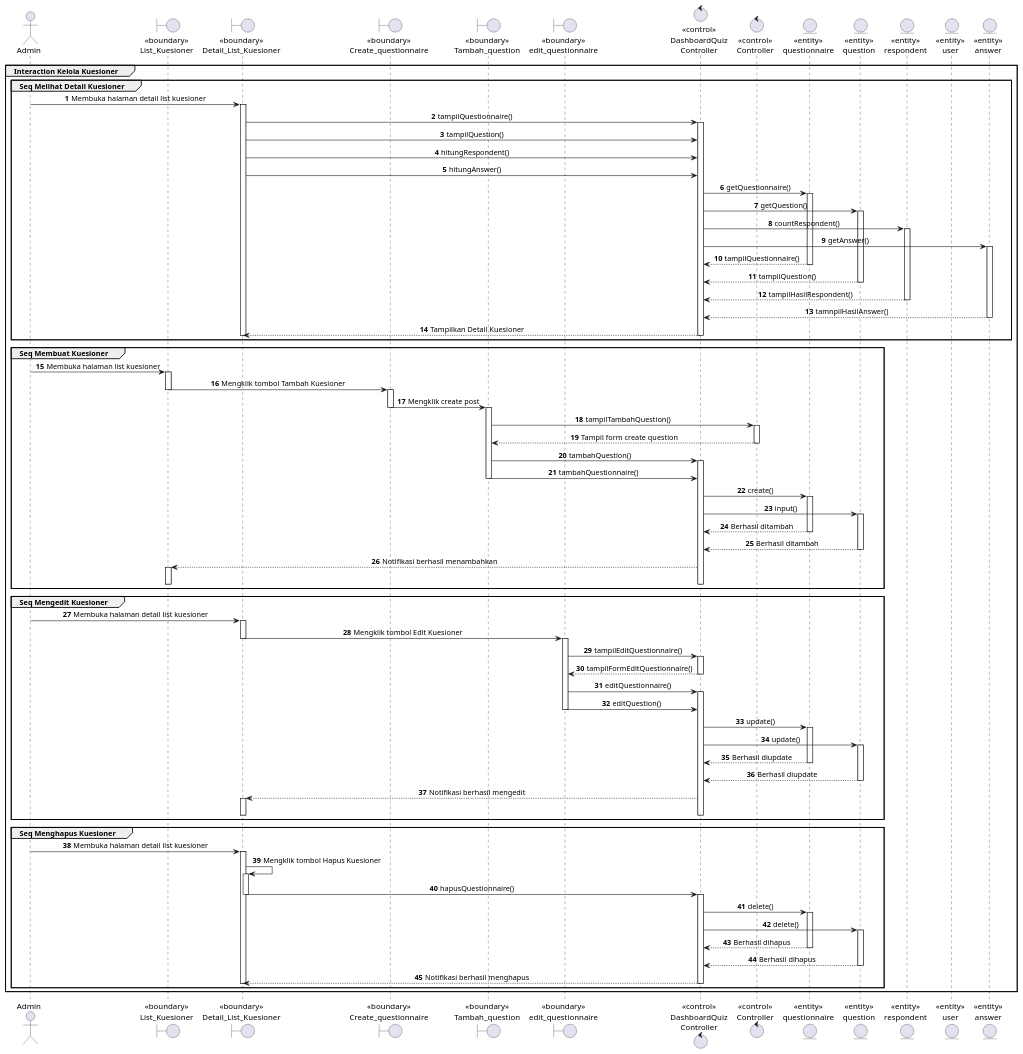
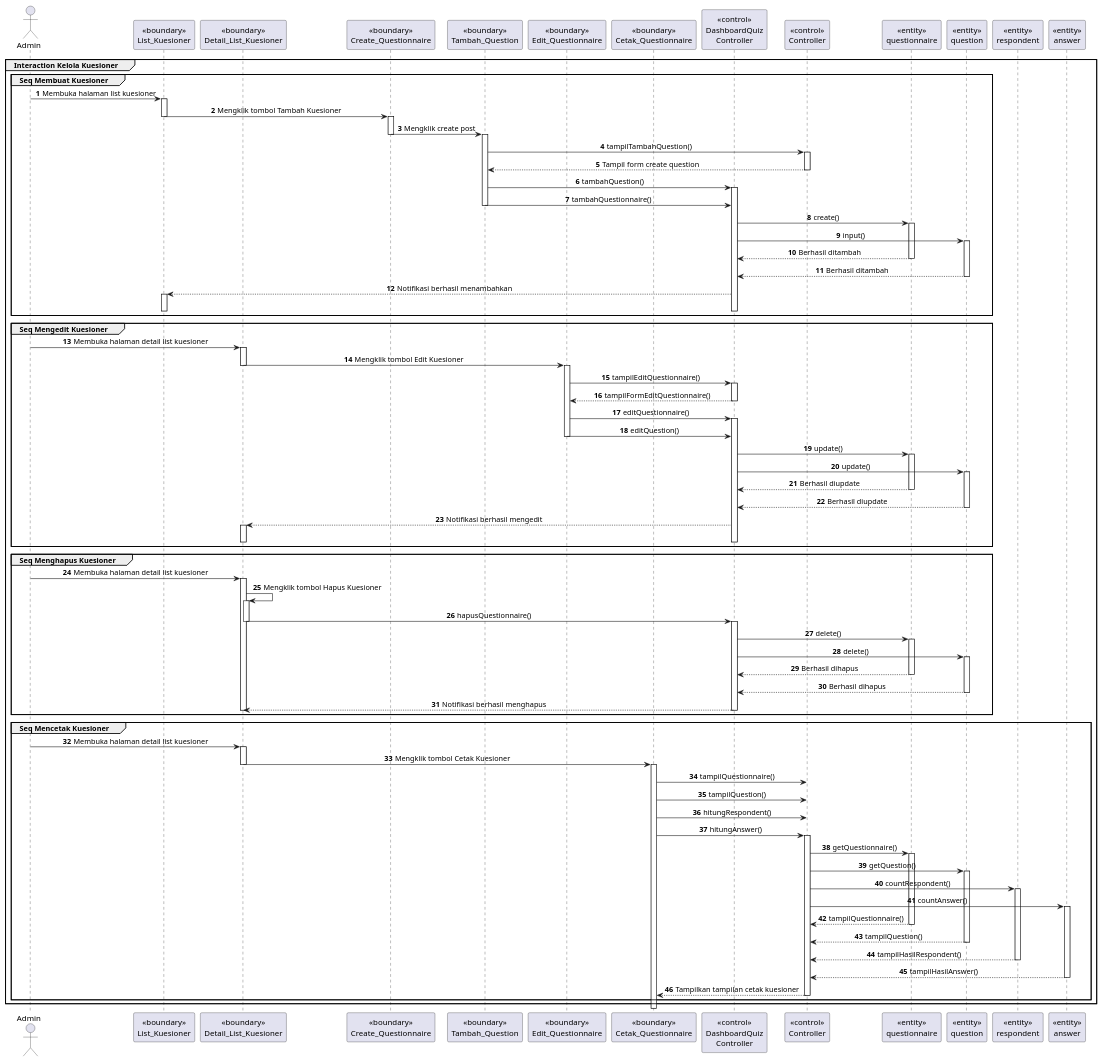
Before and after one commit to Churma16/indeks-kepuasan-masyarakat: the diagram in documentation/SequenceDiagram/kelolaDataSequenceDiagram.puml, drawn with PlantUML. The commit also changed 4 other files, not shown here.

Commit message:
editing admin seq diagram

```diff
--- a/documentation/SequenceDiagram/kelolaDataSequenceDiagram.puml
+++ b/documentation/SequenceDiagram/kelolaDataSequenceDiagram.puml
@@ -1,140 +1,140 @@
 @startuml Interaction Kelola Data
 autonumber
 ' skinparam style strictuml
 skinparam SequenceMessageAlignment center
 group Interaction Kelola Kuesioner
 
     actor Admin 
-    boundary "<<boundary>>\nList_Kuesioner" as list
-    boundary "<<boundary>>\nDetail_List_Kuesioner" as dlist
-    boundary "<<boundary>>\nCreate_questionnaire" as tquestionnaire
-    boundary "<<boundary>>\nTambah_question" as tquestion
-    boundary "<<boundary>>\nedit_questionnaire" as equestionnaire
-    control "<<control>>\nDashboardQuiz\nController" as dqcontrol
-    control "<<control>>\nController" as control
-    entity "<<entity>>\nquestionnaire" as questioner
-    entity "<<entity>>\nquestion" as question
-    entity "<<entity>>\nrespondent" as respondent
-    entity "<<entity>>\nuser" as admin
-    entity "<<entity>>\nanswer" as answer
+    participant "<<boundary>>\nList_Kuesioner" as list
+    participant "<<boundary>>\nDetail_List_Kuesioner" as dlist
+    participant "<<boundary>>\nCreate_Questionnaire" as tquestionnaire
+    participant "<<boundary>>\nTambah_Question" as tquestion
+    participant "<<boundary>>\nEdit_Questionnaire" as equestionnaire
+    participant "<<boundary>>\nCetak_Questionnaire" as cetak
+    participant "<<control>>\nDashboardQuiz\nController" as dqcontrol
+    participant "<<control>>\nController" as control
+    participant "<<entity>>\nquestionnaire" as questioner
+    participant "<<entity>>\nquestion" as question
+    participant "<<entity>>\nrespondent" as respondent
+    participant "<<entity>>\nanswer" as answer
 
 
-
-    group Seq Melihat Detail Kuesioner
-        Admin-> dlist: Membuka halaman detail list kuesioner
-        activate dlist
-            dlist-> dqcontrol: tampilQuestionnaire()
-                activate dqcontrol
-                dlist-> dqcontrol: tampilQuestion()
-                dlist-> dqcontrol: hitungRespondent()
-                dlist-> dqcontrol: hitungAnswer()
-                
-                
-                dqcontrol-> questioner: getQuestionnaire()
-                activate questioner
-                dqcontrol-> question: getQuestion()
-                activate question
-                dqcontrol-> respondent: countRespondent()
-                activate respondent
-                dqcontrol-> answer: getAnswer()
-                activate answer
-
-                questioner--> dqcontrol: tampilQuestionnaire()
-                deactivate questioner
-                question--> dqcontrol: tampilQuestion()
-                deactivate question
-                respondent--> dqcontrol: tampilHasilRespondent()
-                deactivate respondent
-                answer--> dqcontrol: tamnpilHasilAnswer()
-                deactivate answer
-
-                dqcontrol--> dlist: Tampilkan Detail Kuesioner
-                deactivate dqcontrol
-        deactivate dlist
-        
-    end
 
     group Seq Membuat Kuesioner
         Admin-> list: Membuka halaman list kuesioner
         activate list
             list-> tquestionnaire: Mengklik tombol Tambah Kuesioner
         deactivate list
 
         activate tquestionnaire
             tquestionnaire-> tquestion: Mengklik create post
         deactivate tquestionnaire
 
         activate tquestion
             tquestion-> control: tampilTambahQuestion()
             activate control
                 control--> tquestion: Tampil form create question
             deactivate control
             tquestion-> dqcontrol: tambahQuestion()
             activate dqcontrol
             tquestion-> dqcontrol: tambahQuestionnaire()
         deactivate tquestion
         dqcontrol-> questioner: create()
         activate questioner
         dqcontrol-> question: input()
         activate question
         questioner--> dqcontrol: Berhasil ditambah
         deactivate questioner
         question--> dqcontrol: Berhasil ditambah
         deactivate question
         dqcontrol--> list: Notifikasi berhasil menambahkan
         activate list
         deactivate list
         deactivate dqcontrol
     end
     
     group Seq Mengedit Kuesioner
         Admin->dlist: Membuka halaman detail list kuesioner
         activate dlist
             dlist-> equestionnaire: Mengklik tombol Edit Kuesioner
         deactivate dlist
         activate equestionnaire
         equestionnaire-> dqcontrol: tampilEditQuestionnaire()
             activate dqcontrol
                 dqcontrol--> equestionnaire: tampilFormEditQuestionnaire()
             deactivate dqcontrol
         equestionnaire-> dqcontrol: editQuestionnaire()
         activate dqcontrol
         equestionnaire-> dqcontrol: editQuestion()
         deactivate equestionnaire
         dqcontrol-> questioner: update()
         activate questioner
         dqcontrol-> question: update()
         activate question
         questioner--> dqcontrol: Berhasil diupdate
         deactivate questioner
         question--> dqcontrol: Berhasil diupdate
         deactivate question
         dqcontrol--> dlist: Notifikasi berhasil mengedit
         activate dlist
         deactivate dlist
         deactivate dqcontrol
     end
 
     group Seq Menghapus Kuesioner
         Admin-> dlist: Membuka halaman detail list kuesioner
         activate dlist
                 dlist-> dlist: Mengklik tombol Hapus Kuesioner
             activate dlist
                 dlist-> dqcontrol: hapusQuestionnaire()
             deactivate dlist
             
             activate dqcontrol
                 dqcontrol-> questioner: delete()
             activate questioner
                 dqcontrol-> question: delete()
             activate question
                 questioner--> dqcontrol: Berhasil dihapus
             deactivate questioner
                 question--> dqcontrol: Berhasil dihapus
             deactivate question
                 dqcontrol--> dlist: Notifikasi berhasil menghapus
             deactivate dqcontrol
         deactivate dlist
     end
+
+    group Seq Mencetak Kuesioner
+        Admin-> dlist: Membuka halaman detail list kuesioner
+        activate dlist
+            dlist-> cetak: Mengklik tombol Cetak Kuesioner
+        deactivate dlist
+        activate cetak
+            cetak-> control: tampilQuestionnaire()
+            cetak-> control: tampilQuestion()
+            cetak-> control: hitungRespondent()
+            cetak-> control: hitungAnswer()
+            activate control
+                control -> questioner: getQuestionnaire()
+                activate questioner
+                control -> question: getQuestion()
+                activate question
+                control -> respondent: countRespondent()
+                activate respondent
+                control -> answer: countAnswer()
+                activate answer
+
+                questioner--> control: tampilQuestionnaire()
+                deactivate questioner
+                question--> control: tampilQuestion()
+                deactivate question
+                respondent--> control: tampilHasilRespondent()
+                deactivate respondent
+                answer--> control: tampilHasilAnswer()
+                deactivate answer
+
+
+                control--> cetak: Tampilkan tampilan cetak kuesioner
+            deactivate control
+    end
 end
 @enduml
```
